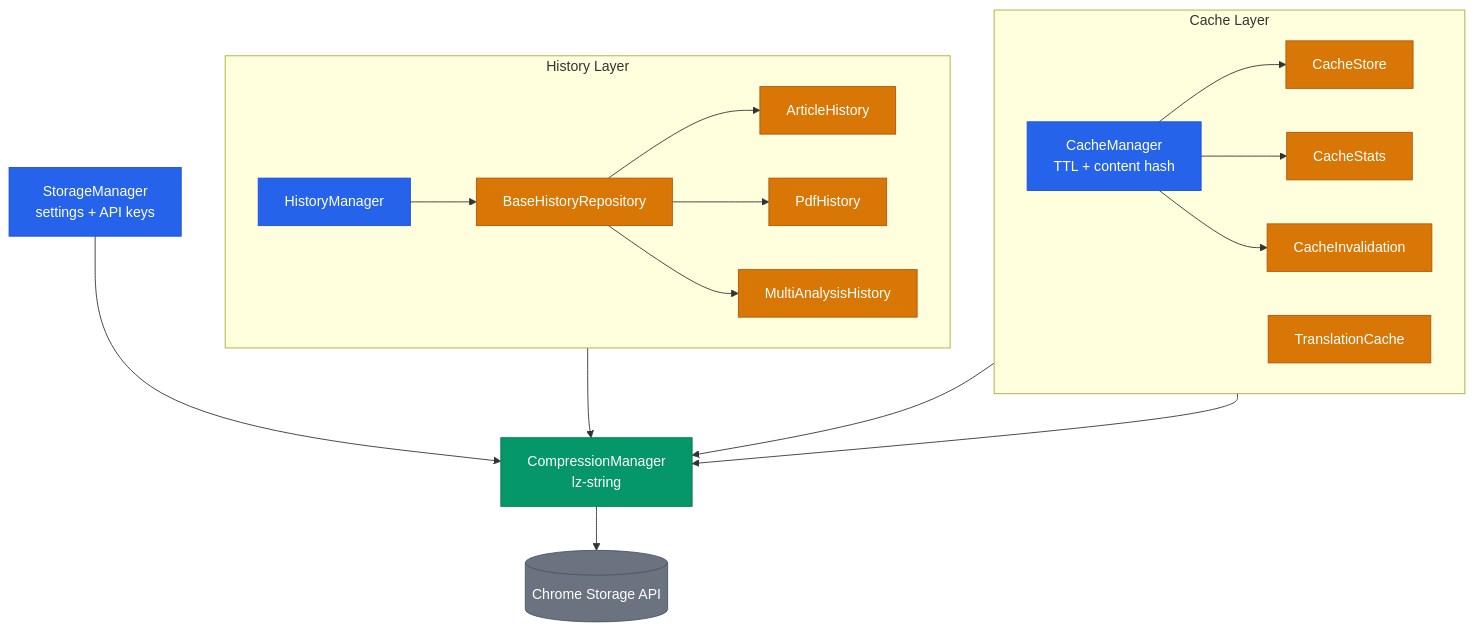
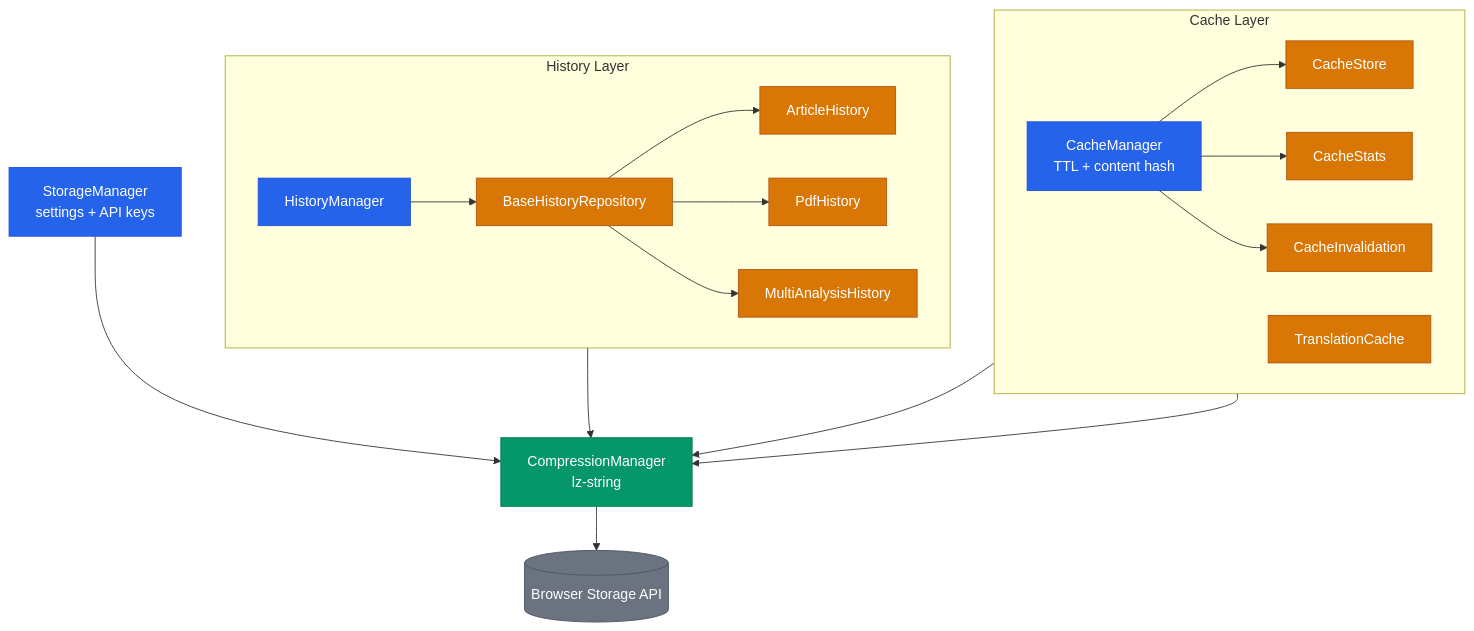
One commit to AndreaBonn/web-article-summarizer-firefox changed the fourth of 4 diagrams in docs/ARCHITECTURE.md. Above: the diagram before and after it, drawn with Mermaid. The commit also changed other lines of this file and 2 other files, not shown here.

````diff
--- a/docs/ARCHITECTURE.md
+++ b/docs/ARCHITECTURE.md
@@ -162,50 +162,50 @@
 ```mermaid
 %%{init: {'theme': 'default'}}%%
 graph TD
   subgraph cache_layer["Cache Layer"]
     direction LR
     cache_mgr["CacheManager<br/>TTL + content hash"]
     cache_store["CacheStore"]
     cache_stats["CacheStats"]
     cache_inv["CacheInvalidation"]
     trans_cache["TranslationCache"]
   end
 
   subgraph history_layer["History Layer"]
     direction LR
     hist_mgr["HistoryManager"]
     base_repo["BaseHistoryRepository"]
     art_hist["ArticleHistory"]
     pdf_hist["PdfHistory"]
     multi_hist["MultiAnalysisHistory"]
   end
 
   storage_mgr["StorageManager<br/>settings + API keys"]
   compress["CompressionManager<br/>lz-string"]
-  chrome_store[("Chrome Storage API")]
+  browser_store[("Browser Storage API")]
 
   cache_mgr --> cache_store
   cache_mgr --> cache_stats
   cache_mgr --> cache_inv
   hist_mgr --> base_repo
   base_repo --> art_hist
   base_repo --> pdf_hist
   base_repo --> multi_hist
 
   storage_mgr --> compress
   cache_layer --> compress
   history_layer --> compress
   trans_cache --> compress
-  compress --> chrome_store
+  compress --> browser_store
 
   classDef core fill:#2563eb,stroke:#1d4ed8,color:#fff
   classDef data fill:#d97706,stroke:#b45309,color:#fff
   classDef ext fill:#6b7280,stroke:#4b5563,color:#fff
   classDef engine fill:#059669,stroke:#047857,color:#fff
 
   class storage_mgr,cache_mgr,hist_mgr core
   class cache_store,cache_stats,cache_inv,trans_cache,art_hist,pdf_hist,multi_hist data
   class compress engine
-  class chrome_store ext
+  class browser_store ext
   class base_repo data
 ```
````
